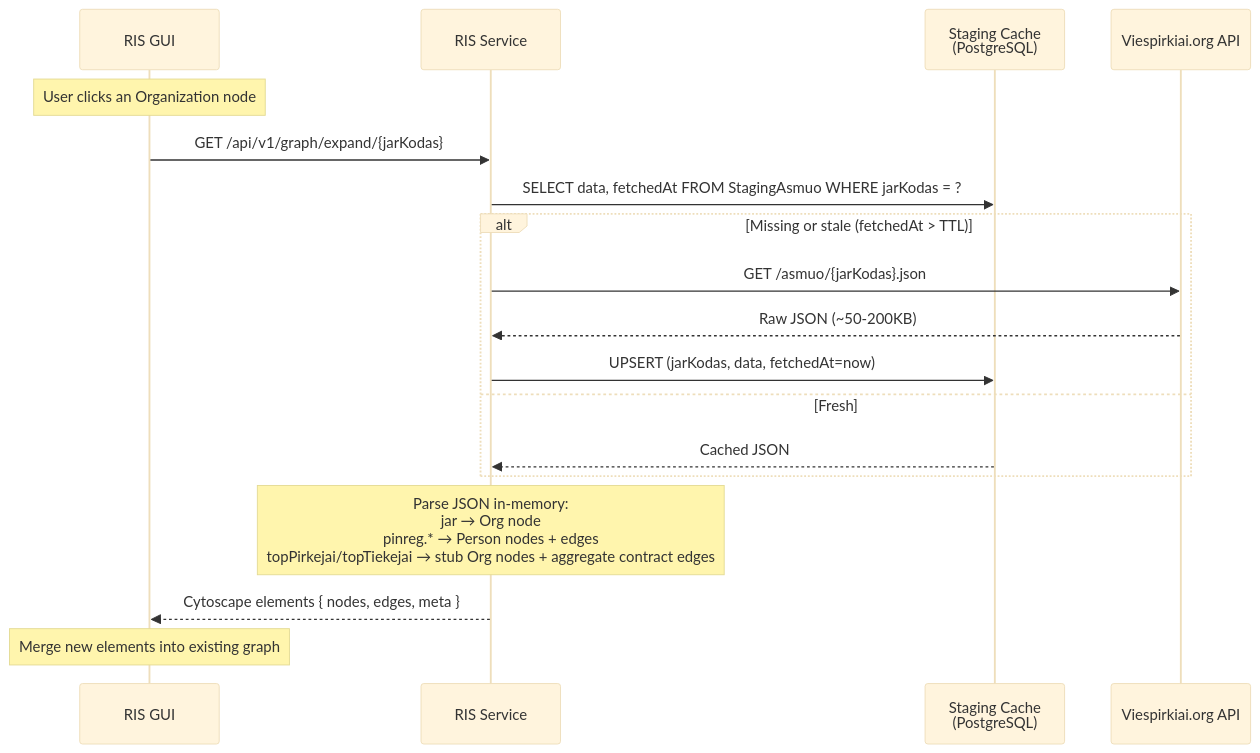
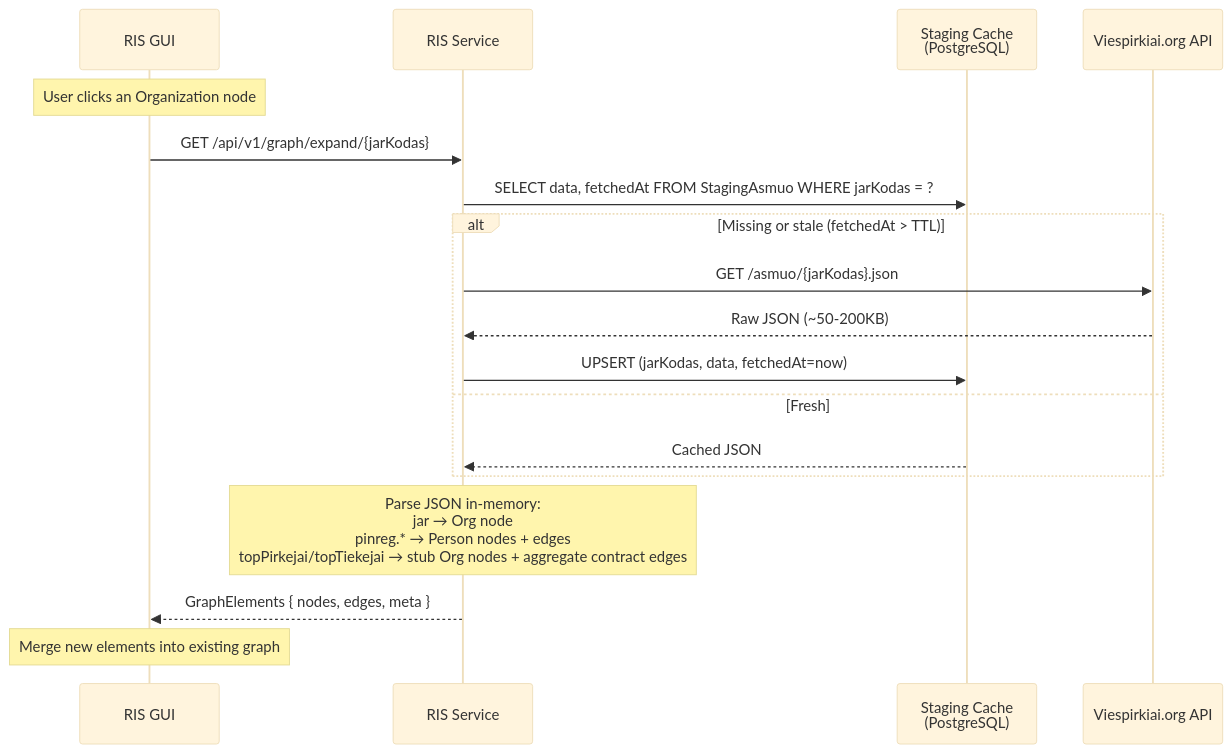
One commit to rimvydasb/risk-intelligence changed the third of 3 diagrams in docs/ARCHITECTURE.md. Above: the diagram before and after it, drawn with Mermaid (base theme). The commit also changed other lines of this file and 28 other files, not shown here.

Commit message:
refactor graph types and elements; replace Cytoscape with Graphology; update related components and tests

````diff
--- a/docs/ARCHITECTURE.md
+++ b/docs/ARCHITECTURE.md
@@ -356,21 +356,21 @@
 ```mermaid
 sequenceDiagram
     participant GUI as RIS GUI
     participant Service as RIS Service
     participant Staging as Staging Cache<br/>(PostgreSQL)
     participant API as Viespirkiai.org API
     Note over GUI: User clicks an Organization node
     GUI ->> Service: GET /api/v1/graph/expand/{jarKodas}
     Service ->> Staging: SELECT data, fetchedAt FROM StagingAsmuo WHERE jarKodas = ?
     alt Missing or stale (fetchedAt > TTL)
         Service ->> API: GET /asmuo/{jarKodas}.json
         API -->> Service: Raw JSON (~50-200KB)
         Service ->> Staging: UPSERT (jarKodas, data, fetchedAt=now)
     else Fresh
         Staging -->> Service: Cached JSON
     end
 
     Note over Service: Parse JSON in-memory:<br/>jar → Org node<br/>pinreg.* → Person nodes + edges<br/>topPirkejai/topTiekejai → stub Org nodes + aggregate contract edges
-    Service -->> GUI: Cytoscape elements { nodes, edges, meta }
+    Service -->> GUI: GraphElements { nodes, edges, meta }
     Note over GUI: Merge new elements into existing graph
 ```
````
